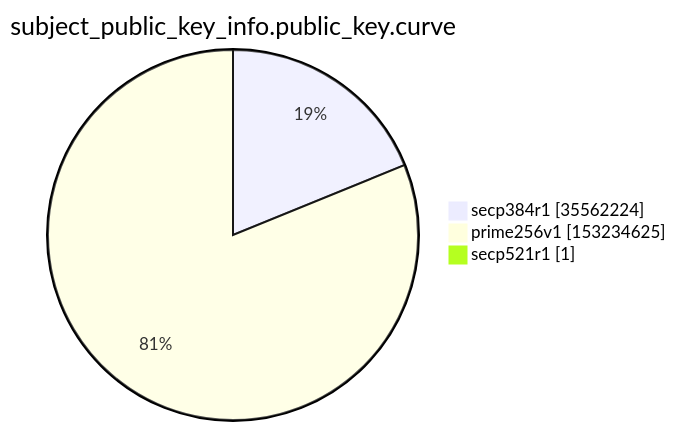
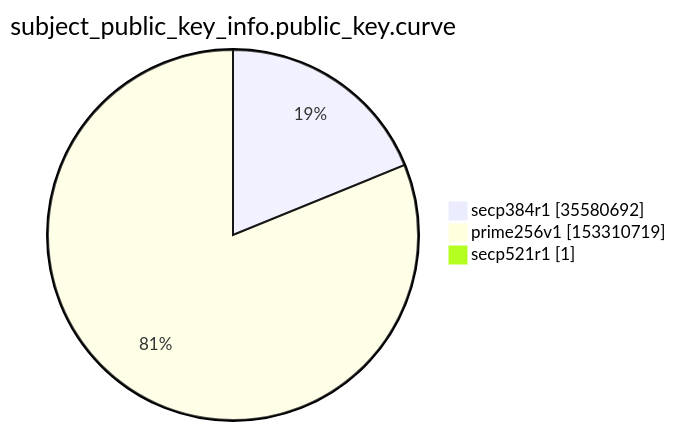
One commit to christiankrug/ctmonitor_visualization changed the ninth of 15 diagrams in argon2022/README.md. Above: the diagram before and after it, drawn with Mermaid. The commit also changed other lines of this file, not shown here.

````diff
--- a/argon2022/README.md
+++ b/argon2022/README.md
@@ -2765,7 +2765,7 @@
 ```mermaid
 pie showData
 title subject_public_key_info.public_key.curve
-"secp384r1" :35562224
-"prime256v1" :153234625
+"secp384r1" :35580692
+"prime256v1" :153310719
 "secp521r1" :1
 ```
````
